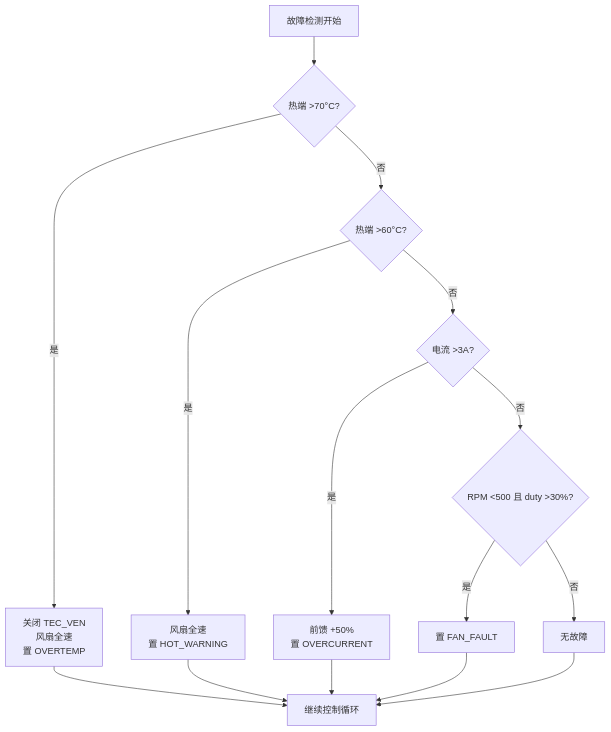
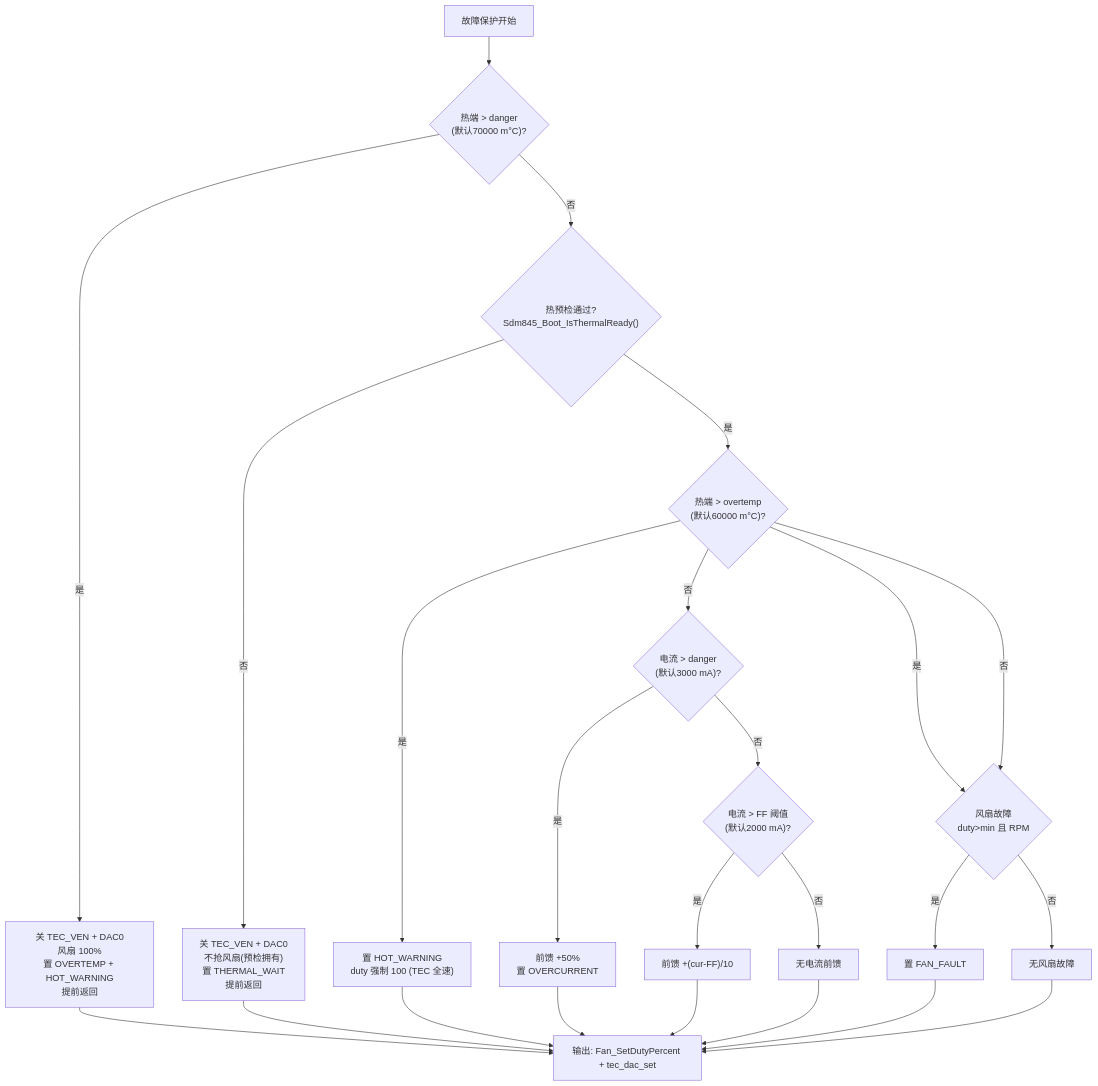
One commit to Vkd4U2NtVkZOVg/py32_control changed the eighth of 10 diagrams in WORKLOG.md. Above: the diagram before and after it, drawn with Mermaid. The commit also changed other lines of this file, not shown here.

First line of the commit message:
docs(worklog): prune stale state-machine diagrams, add probe + TEC refresh

````diff
--- a/WORKLOG.md
+++ b/WORKLOG.md
@@ -1580,17 +1305,27 @@
 ```mermaid
 flowchart TD
-    START["故障检测开始"] --> T1{"热端 >70°C?"}
-    T1 -->|是| A1["关闭 TEC_VEN<br/>风扇全速<br/>置 OVERTEMP"]
-    T1 -->|否| T2{"热端 >60°C?"}
-    T2 -->|是| A2["风扇全速<br/>置 HOT_WARNING"]
-    T2 -->|否| T3{"电流 >3A?"}
-    T3 -->|是| A3["前馈 +50%<br/>置 OVERCURRENT"]
-    T3 -->|否| T4{"RPM <500 且 duty >30%?"}
-    T4 -->|是| A4["置 FAN_FAULT"]
-    T4 -->|否| A5["无故障"]
-    A1 --> END["继续控制循环"]
+    START["故障保护开始"] --> T1{"热端 > danger<br/>(默认70000 m°C)?"}
+    T1 -->|是| A1["关 TEC_VEN + DAC0<br/>风扇 100%<br/>置 OVERTEMP + HOT_WARNING<br/>提前返回"]
+    T1 -->|否| T2{"热预检通过?<br/>Sdm845_Boot_IsThermalReady()"}
+    T2 -->|否| A2["关 TEC_VEN + DAC0<br/>不抢风扇(预检拥有)<br/>置 THERMAL_WAIT<br/>提前返回"]
+    T2 -->|是| T3{"热端 > overtemp<br/>(默认60000 m°C)?"}
+    T3 -->|是| A3["置 HOT_WARNING<br/>duty 强制 100 (TEC 全速)"]
+    T3 -->|否| T4{"电流 > danger<br/>(默认3000 mA)?"}
+    T4 -->|是| A4["前馈 +50%<br/>置 OVERCURRENT"]
+    T4 -->|否| T5{"电流 > FF 阈值<br/>(默认2000 mA)?"}
+    T5 -->|是| A5["前馈 +(cur-FF)/10"]
+    T5 -->|否| A6["无电流前馈"]
+    T3 -->|是| T6{"风扇故障<br/>duty>min 且 RPM<min?"}
+    T3 -->|否| T6
+    T6 -->|是| A7["置 FAN_FAULT"]
+    T6 -->|否| A8["无风扇故障"]
+    A1 --> END["输出: Fan_SetDutyPercent + tec_dac_set"]
     A2 --> END
     A3 --> END
     A4 --> END
     A5 --> END
+    A6 --> END
+    A7 --> END
+    A8 --> END
+
 ```
````
